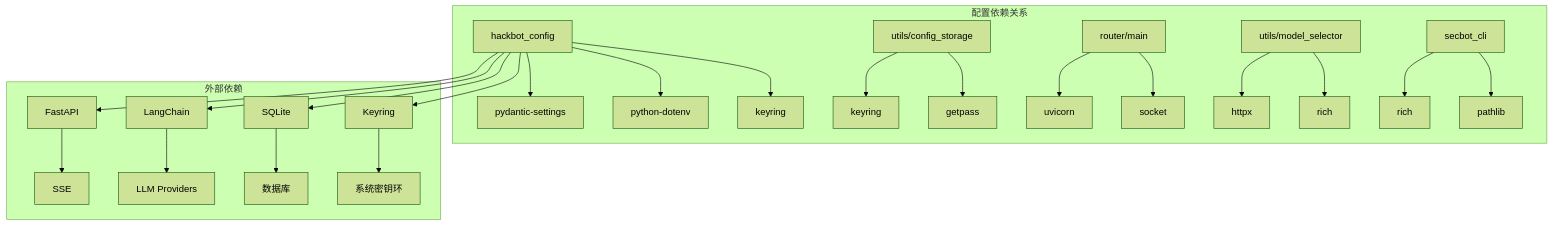
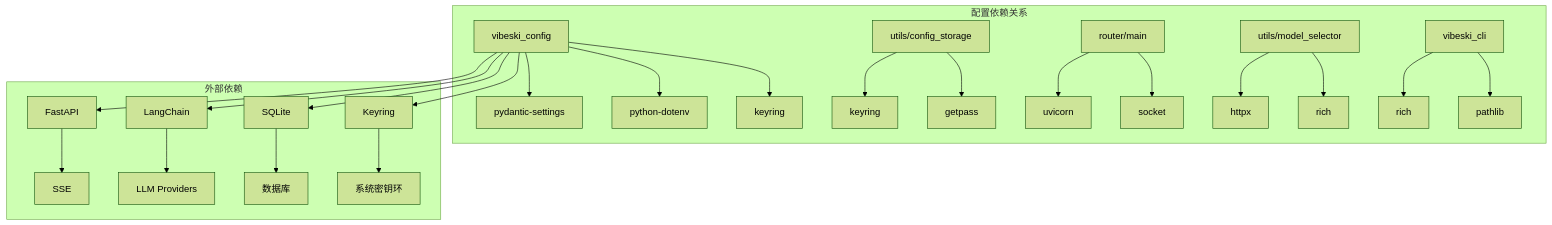
Before and after one commit to crabin/VIBESKI: the fifth of 6 diagrams in .qoder/repowiki/zh/content/Environment Variables.md, drawn with Mermaid (forest theme). The commit also changed other lines of this file and 170 other files, not shown here.

Commit message:
chore: rename all secbot/hackbot identifiers to vibeski

````diff
--- a/.qoder/repowiki/zh/content/Environment Variables.md
+++ b/.qoder/repowiki/zh/content/Environment Variables.md
@@ -291,26 +291,26 @@
 ```mermaid
 graph TB
 subgraph "配置依赖关系"
-A[hackbot_config] --> B[pydantic-settings]
+A[vibeski_config] --> B[pydantic-settings]
 A --> C[python-dotenv]
 A --> D[keyring]
 E[utils/config_storage] --> F[keyring]
 E --> G[getpass]
 H[router/main] --> I[uvicorn]
 H --> J[socket]
 K[utils/model_selector] --> L[httpx]
 K --> M[rich]
-N[secbot_cli] --> O[rich]
+N[vibeski_cli] --> O[rich]
 N --> P[pathlib]
 end
 subgraph "外部依赖"
 Q[FastAPI] --> R[SSE]
 S[LangChain] --> T[LLM Providers]
 U[SQLite] --> V[数据库]
 W[Keyring] --> X[系统密钥环]
 end
 A --> Q
 A --> S
 A --> U
 A --> W
 ```
````
